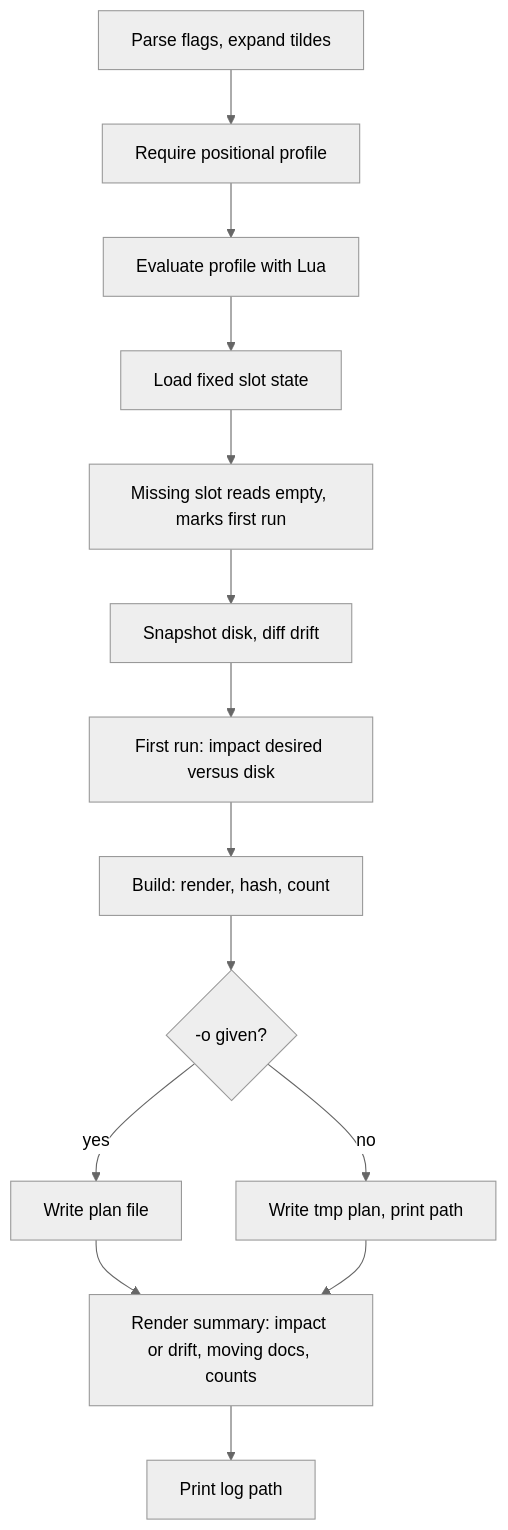
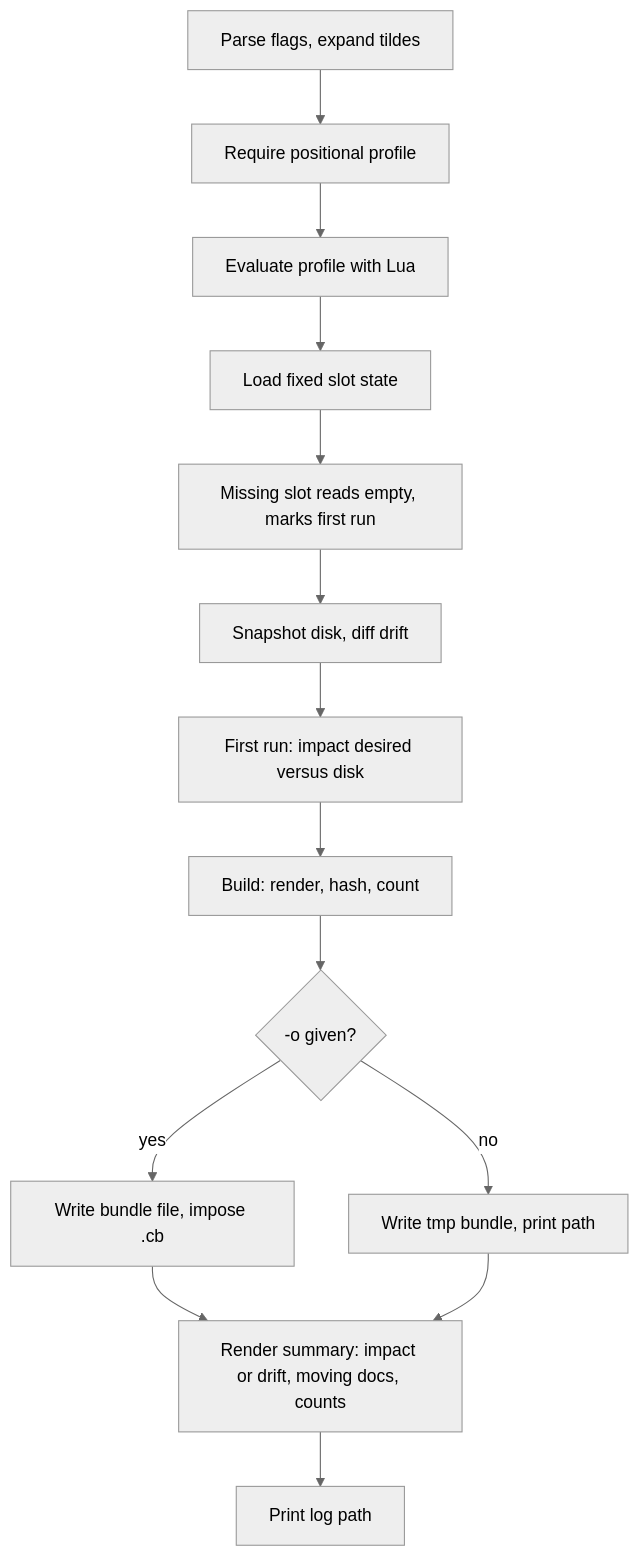
The diagram in docs/flows/plan.md (SolracHQ/confit), drawn with Mermaid (neutral theme) before and after one commit. The commit also changed other lines of this file and 17 other files, not shown here.

Commit message:
Slots store manifests, binaries live once in a shared pool. Plan writes self-contained bundles, apply fills the pool and prunes the rest. Diffs render content only, missing keys read as removals. Vocabulary rename still pending, plan plus bundle words land in the next commit.

````diff
--- a/docs/flows/plan.md
+++ b/docs/flows/plan.md
@@ -7,16 +7,16 @@
 ```mermaid
 flowchart TD
     A["Parse flags, expand tildes"] --> B["Require positional profile"]
     B --> C["Evaluate profile with Lua"]
     C --> D["Load fixed slot state"]
     D --> E["Missing slot reads empty, marks first run"]
     E --> F["Snapshot disk, diff drift"]
     F --> G["First run: impact desired versus disk"]
     G --> H["Build: render, hash, count"]
     H --> I{"-o given?"}
-    I -- yes --> J["Write plan file"]
-    I -- no --> K["Write tmp plan, print path"]
+    I -- yes --> J["Write bundle file, impose .cb"]
+    I -- no --> K["Write tmp bundle, print path"]
     J --> L["Render summary: impact or drift, moving docs, counts"]
     K --> L
     L --> M["Print log path"]
 ```
````
